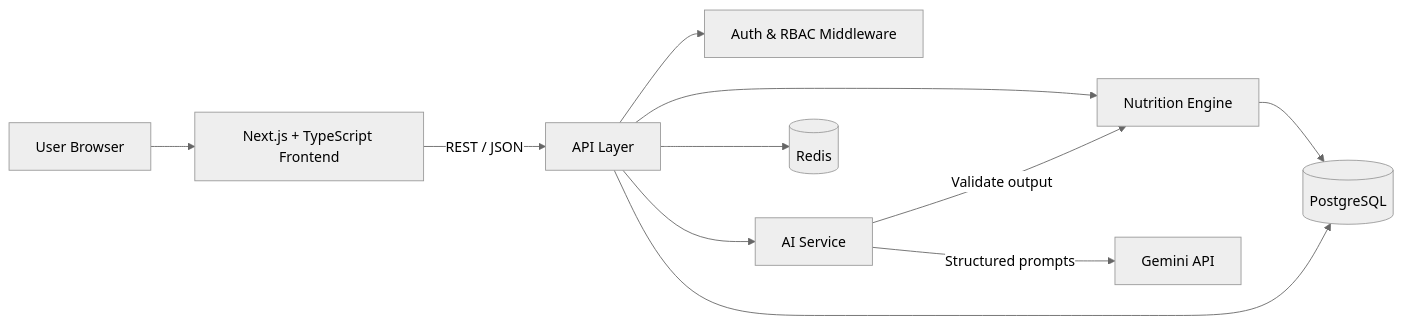
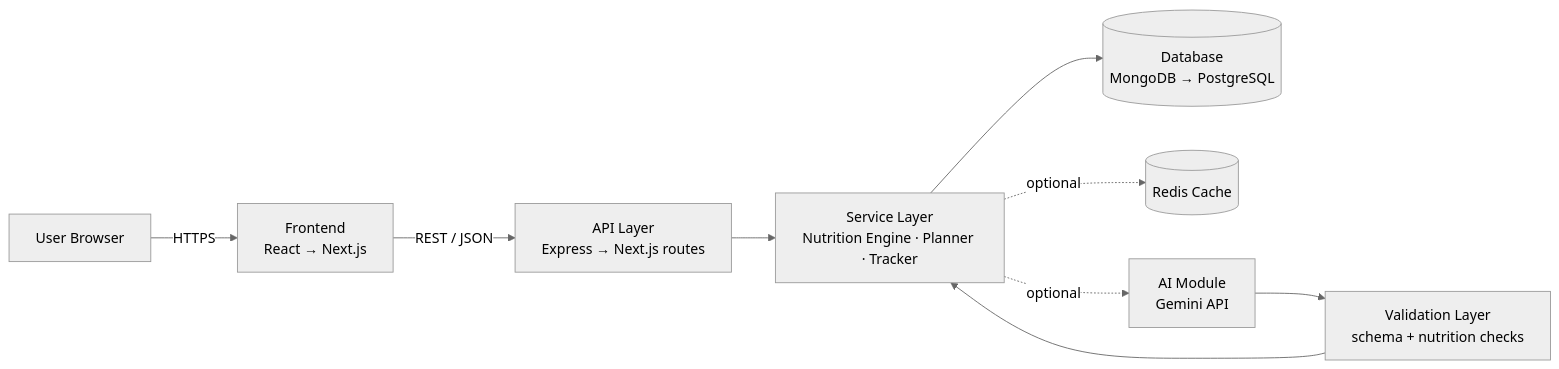
One commit to RudranotOP/meal-plan changed the first of 3 diagrams in README.md. Above: the diagram before and after it, drawn with Mermaid (neutral theme). The commit also changed other lines of this file, not shown here.

````diff
--- a/README.md
+++ b/README.md
@@ -108,13 +115,11 @@
 ```mermaid
 flowchart LR
-    U[User Browser] --> FE[Next.js + TypeScript Frontend]
-    FE -->|REST / JSON| API[API Layer]
-    API --> AUTH[Auth & RBAC Middleware]
-    API --> NE[Nutrition Engine]
-    API --> AI[AI Service]
-    NE --> DB[(PostgreSQL)]
-    API --> DB
-    API --> CACHE[(Redis)]
-    AI -->|Structured prompts| GEM[Gemini API]
-    AI -->|Validate output| NE
+    U[User Browser] -->|HTTPS| FE[Frontend<br/>React → Next.js]
+    FE -->|REST / JSON| API[API Layer<br/>Express → Next.js routes]
+    API --> SVC[Service Layer<br/>Nutrition Engine · Planner · Tracker]
+    SVC --> DB[(Database<br/>MongoDB → PostgreSQL)]
+    SVC -. optional .-> CACHE[(Redis Cache)]
+    SVC -. optional .-> AI[AI Module<br/>Gemini API]
+    AI --> VAL[Validation Layer<br/>schema + nutrition checks]
+    VAL --> SVC
 ```
````
